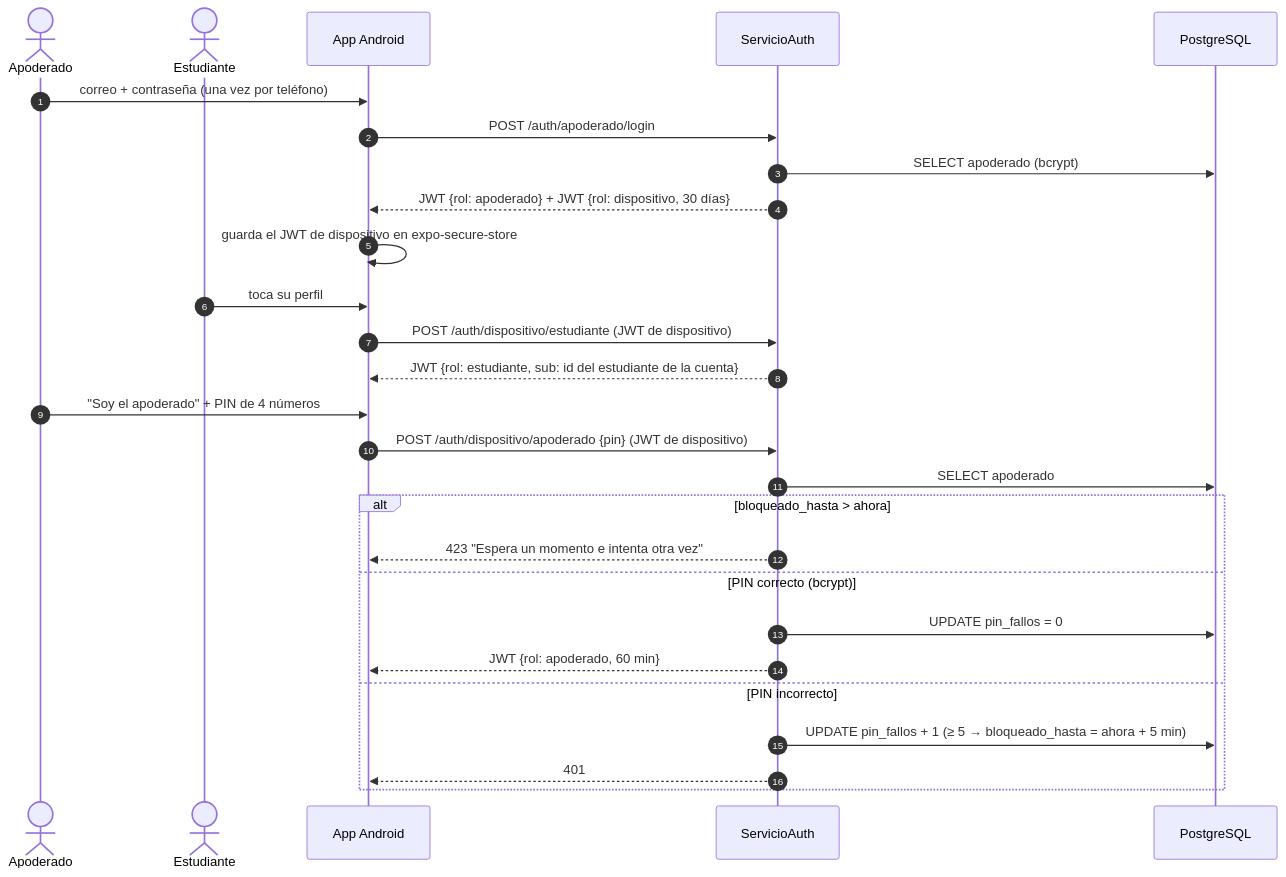
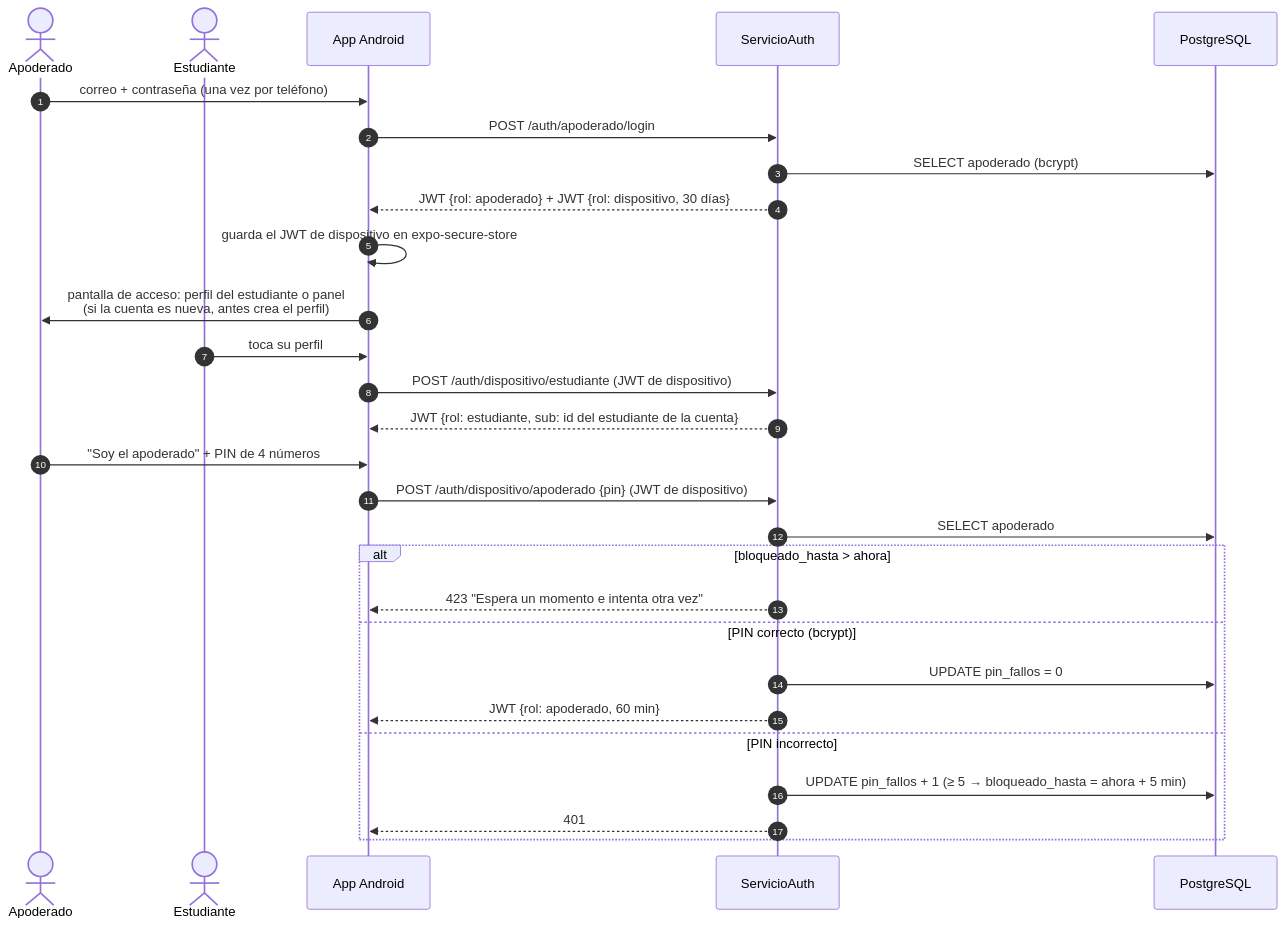
Before and after one commit to IvanDiazAndrade/tutor_inteligente: the first of 7 diagrams in docs/diagramas_secuencia.md, drawn with Mermaid. The commit also changed other lines of this file and 32 other files, not shown here.

First line of the commit message:
Interfaz del estudiante con pestañas Lecciones, Ejercicios y Perfil

````diff
--- a/docs/diagramas_secuencia.md
+++ b/docs/diagramas_secuencia.md
@@ -36,32 +38,33 @@
 ```mermaid
 sequenceDiagram
     autonumber
     actor A as Apoderado
     actor E as Estudiante
     participant App as App Android
     participant API as ServicioAuth
     participant DB as PostgreSQL
 
     A->>App: correo + contraseña (una vez por teléfono)
     App->>API: POST /auth/apoderado/login
     API->>DB: SELECT apoderado (bcrypt)
     API-->>App: JWT {rol: apoderado} + JWT {rol: dispositivo, 30 días}
     App->>App: guarda el JWT de dispositivo en expo-secure-store
+    App->>A: pantalla de acceso: perfil del estudiante o panel<br/>(si la cuenta es nueva, antes crea el perfil)
 
     E->>App: toca su perfil
     App->>API: POST /auth/dispositivo/estudiante (JWT de dispositivo)
     API-->>App: JWT {rol: estudiante, sub: id del estudiante de la cuenta}
 
     A->>App: "Soy el apoderado" + PIN de 4 números
     App->>API: POST /auth/dispositivo/apoderado {pin} (JWT de dispositivo)
     API->>DB: SELECT apoderado
     alt bloqueado_hasta > ahora
         API-->>App: 423 "Espera un momento e intenta otra vez"
     else PIN correcto (bcrypt)
         API->>DB: UPDATE pin_fallos = 0
         API-->>App: JWT {rol: apoderado, 60 min}
     else PIN incorrecto
         API->>DB: UPDATE pin_fallos + 1 (≥ 5 → bloqueado_hasta = ahora + 5 min)
         API-->>App: 401
     end
 ```
````
